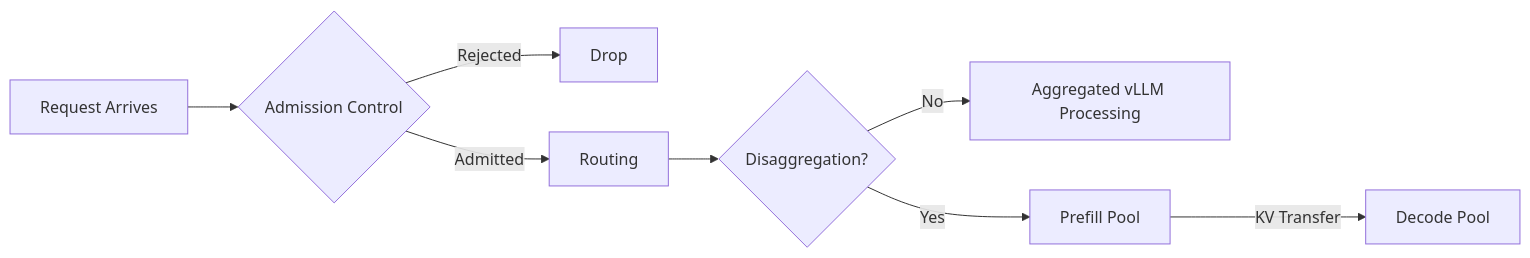
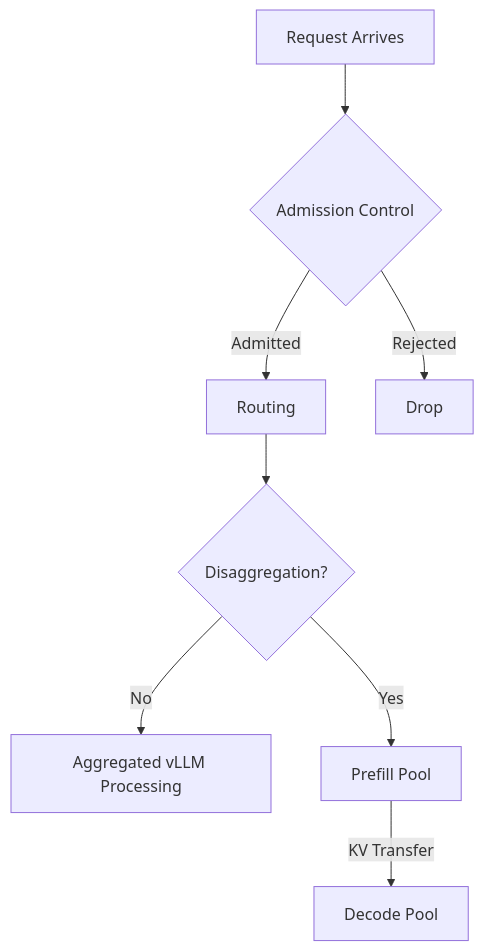
The third of 3 diagrams in docs/blog/posts/building-trust-physics-of-simulation.md (inference-sim/inference-sim), drawn with Mermaid before and after one commit. The commit also changed other lines of this file, not shown here.

````diff
--- a/docs/blog/posts/building-trust-physics-of-simulation.md
+++ b/docs/blog/posts/building-trust-physics-of-simulation.md
@@ -136,10 +131,19 @@
 ```mermaid
-graph LR
-    A[Request Arrives] --> B{Admission Control}
-    B -->|Rejected| X[Drop]
-    B -->|Admitted| C[Routing]
-    C --> D{Disaggregation?}
-    D -->|No| E[Aggregated vLLM Processing]
-    D -->|Yes| F[Prefill Pool]
-    F -->|KV Transfer| G[Decode Pool]
+flowchart TB
+    A[Request Arrives]
+    B{Admission Control}
+    C[Routing]
+    D{Disaggregation?}
+    E[Aggregated vLLM Processing]
+    F[Prefill Pool]
+    G[Decode Pool]
+    X[Drop]
+
+    A --> B
+    B -- Rejected --> X
+    B -- Admitted --> C
+    C --> D
+    D -- No --> E
+    D -- Yes --> F
+    F -- KV Transfer --> G
 ```
````
